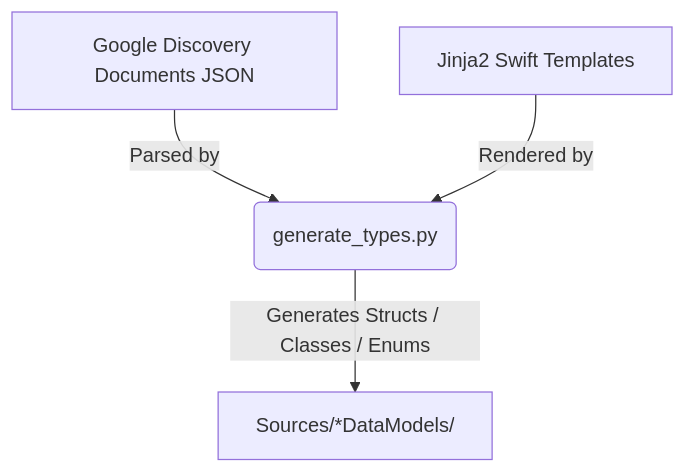
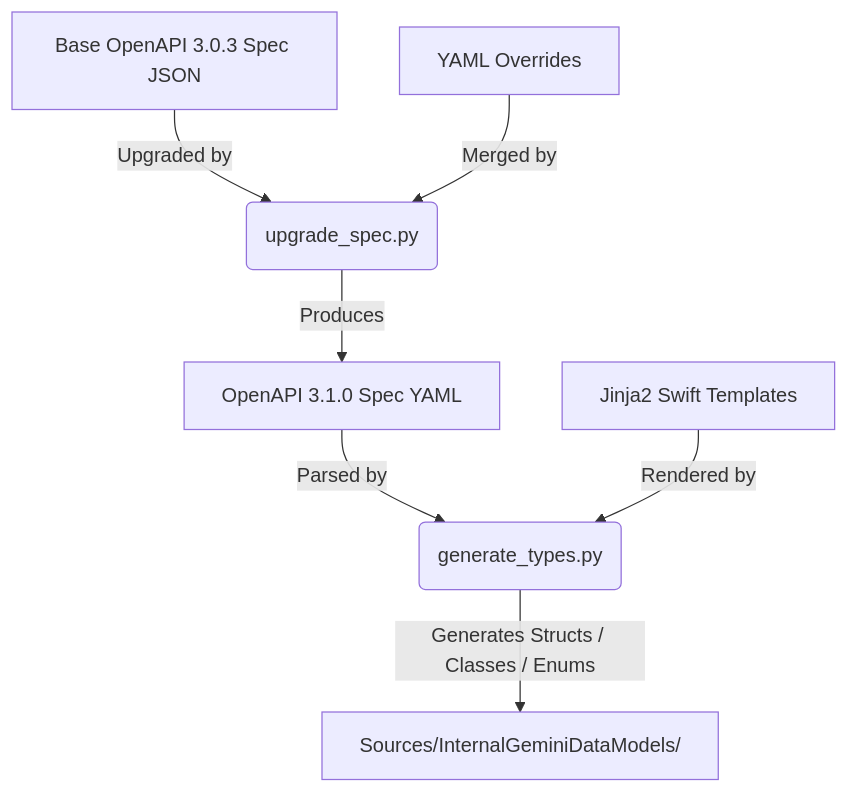
One commit to firebase/firebase-ios-sdk changed the diagram in swift-genai/utilities/README.md. Above: the diagram before and after it, drawn with Mermaid. The commit also changed other lines of this file and 185 other files, not shown here.

First line of the commit message:
feat: upgrade generator to OpenAPI 3.1.0

````diff
--- a/swift-genai/utilities/README.md
+++ b/swift-genai/utilities/README.md
@@ -11,6 +13,9 @@
 ```mermaid
 graph TD
-    A[Google Discovery Documents JSON] -->|Parsed by| B(generate_types.py)
-    C[Jinja2 Swift Templates] -->|Rendered by| B
-    B -->|Generates Structs / Classes / Enums| D[Sources/*DataModels/]
+    A[Base OpenAPI 3.0.3 Spec JSON] -->|Upgraded by| B(upgrade_spec.py)
+    E[YAML Overrides] -->|Merged by| B
+    B -->|Produces| F[OpenAPI 3.1.0 Spec YAML]
+    F -->|Parsed by| C(generate_types.py)
+    D[Jinja2 Swift Templates] -->|Rendered by| C
+    C -->|Generates Structs / Classes / Enums| G[Sources/InternalGeminiDataModels/]
 ```
````
